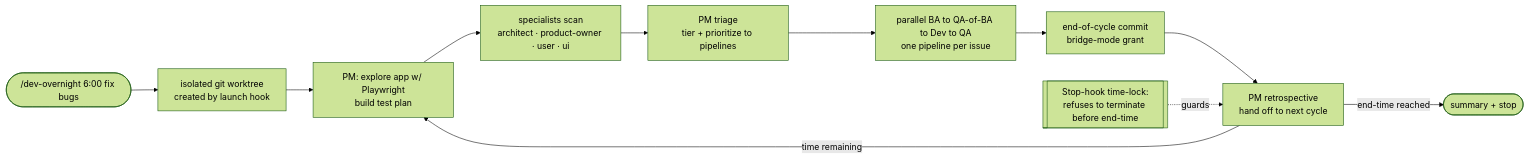
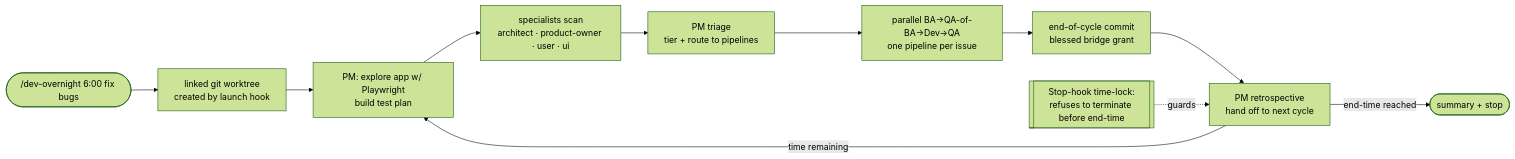
Before and after one commit to Yugoge/awesome-claude-harness: the third of 3 diagrams in README.md, drawn with Mermaid (forest theme). The commit also changed other lines of this file and 29 other files, not shown here.

````diff
--- a/README.md
+++ b/README.md
@@ -144,14 +185,14 @@
 ```mermaid
 flowchart LR
-    S([/dev-overnight 6:00 fix bugs]) --> WT[isolated git worktree<br/>created by launch hook]
+    S([/dev-overnight 6:00 fix bugs]) --> WT[linked git worktree<br/>created by launch hook]
     WT --> PM[PM: explore app w/ Playwright<br/>build test plan]
     PM --> SP[specialists scan<br/>architect · product-owner · user · ui]
-    SP --> TR[PM triage<br/>tier + prioritize to pipelines]
-    TR --> PARA[parallel BA to QA-of-BA to Dev to QA<br/>one pipeline per issue]
-    PARA --> CM[end-of-cycle commit<br/>bridge-mode grant]
+    SP --> TR[PM triage<br/>tier + route to pipelines]
+    TR --> PARA[parallel BA→QA-of-BA→Dev→QA<br/>one pipeline per issue]
+    PARA --> CM[end-of-cycle commit<br/>blessed bridge grant]
     CM --> RT[PM retrospective<br/>hand off to next cycle]
     RT -->|time remaining| PM
     RT -->|end-time reached| SUM([summary + stop])
 
     TL[[Stop-hook time-lock:<br/>refuses to terminate before end-time]] -.guards.-> RT
 ```
````
